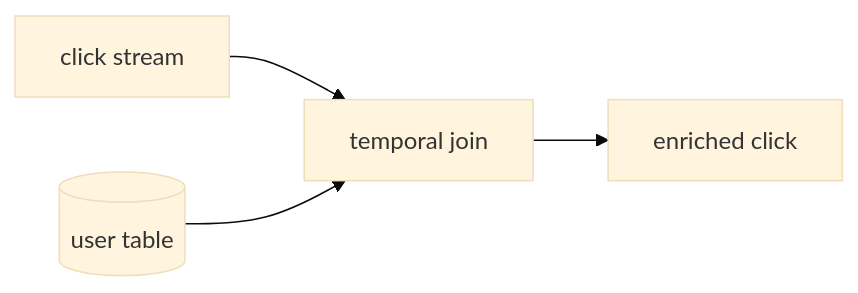
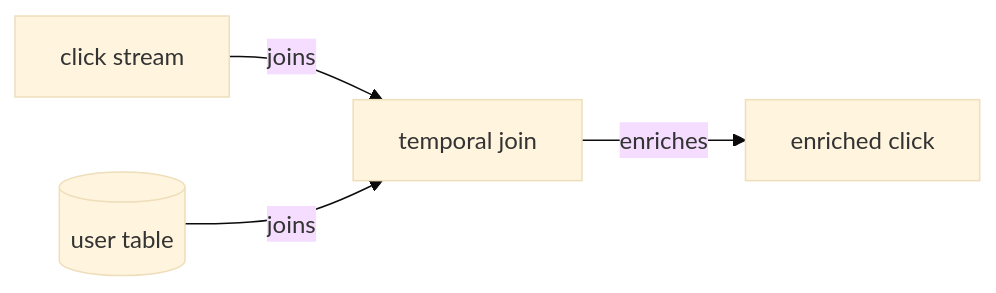
Before and after one commit to vinayakuber/streaming-systems-study-guide: the tenth of 19 diagrams in docs/ch09-streaming-joins.md, drawn with Mermaid (base theme). The commit also changed other lines of this file and 22 other files, not shown here.

First line of the commit message:
R18: label every diagram arrow with its meaning

````diff
--- a/docs/ch09-streaming-joins.md
+++ b/docs/ch09-streaming-joins.md
@@ -262,6 +262,6 @@
 ```mermaid
 flowchart LR
-  C["click stream"] --> T["temporal join"]
-  U[(user table)] --> T
-  T --> E["enriched click"]
+  C["click stream"] -->|"joins"| T["temporal join"]
+  U[(user table)] -->|"joins"| T
+  T -->|"enriches"| E["enriched click"]
 ```
````
